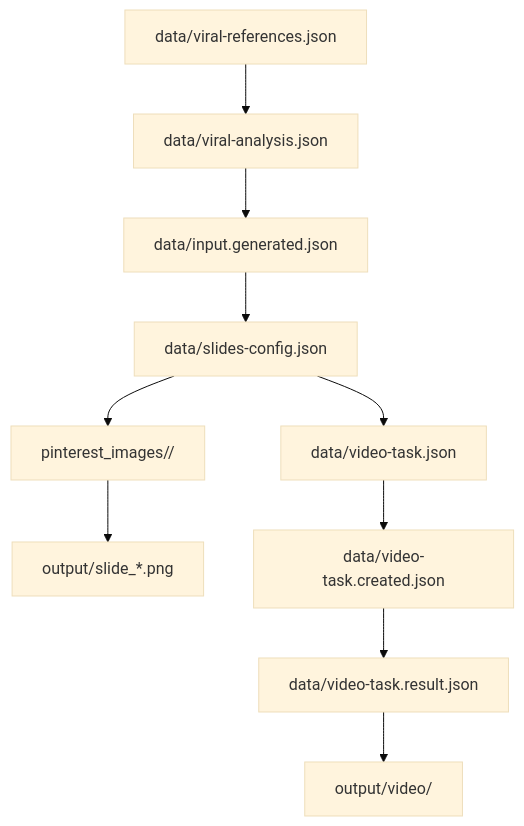
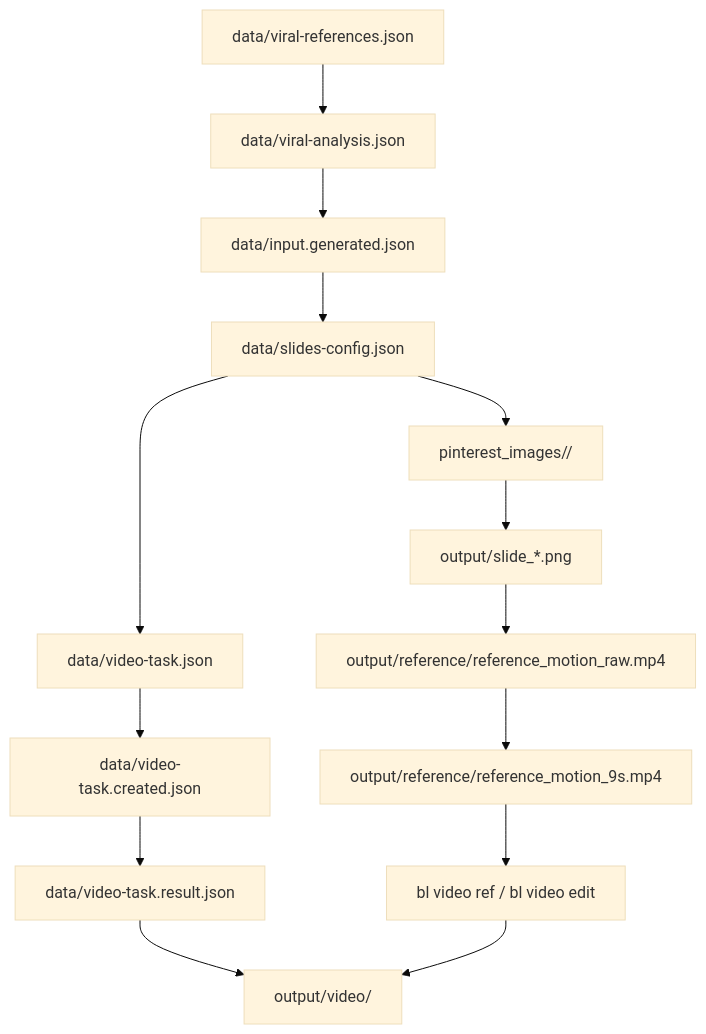
Diagram 12 of 12 in docs/FLOWCHART.md (hotcoffeeshake/tiktok-slideshow-bailian), drawn with Mermaid (base theme) before and after one commit. The commit also changed other lines of this file and 12 other files, not shown here.

Commit message:
Add video motion reference workflow

````diff
--- a/docs/FLOWCHART.md
+++ b/docs/FLOWCHART.md
@@ -366,12 +515,16 @@
 ```mermaid
 flowchart TD
   A["data/viral-references.json"] --> B["data/viral-analysis.json"]
   B --> C["data/input.generated.json"]
   C --> D["data/slides-config.json"]
   D --> E["pinterest_images/<niche>/"]
   E --> F["output/slide_*.png"]
   D --> G["data/video-task.json"]
   G --> H["data/video-task.created.json"]
   H --> I["data/video-task.result.json"]
   I --> J["output/video/"]
+  F --> K["output/reference/reference_motion_raw.mp4"]
+  K --> L["output/reference/reference_motion_9s.mp4"]
+  L --> M["bl video ref / bl video edit"]
+  M --> J
 ```
````
